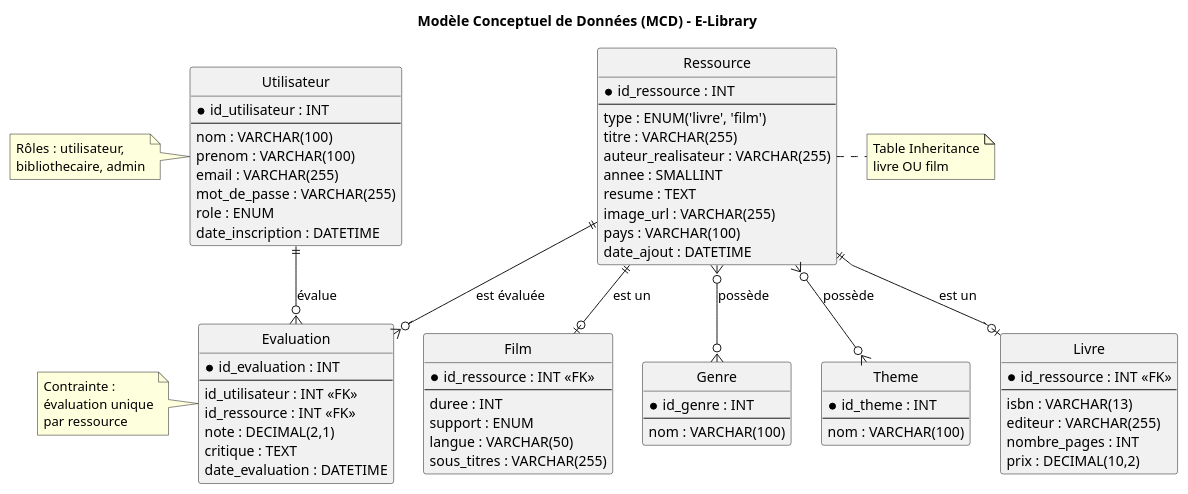
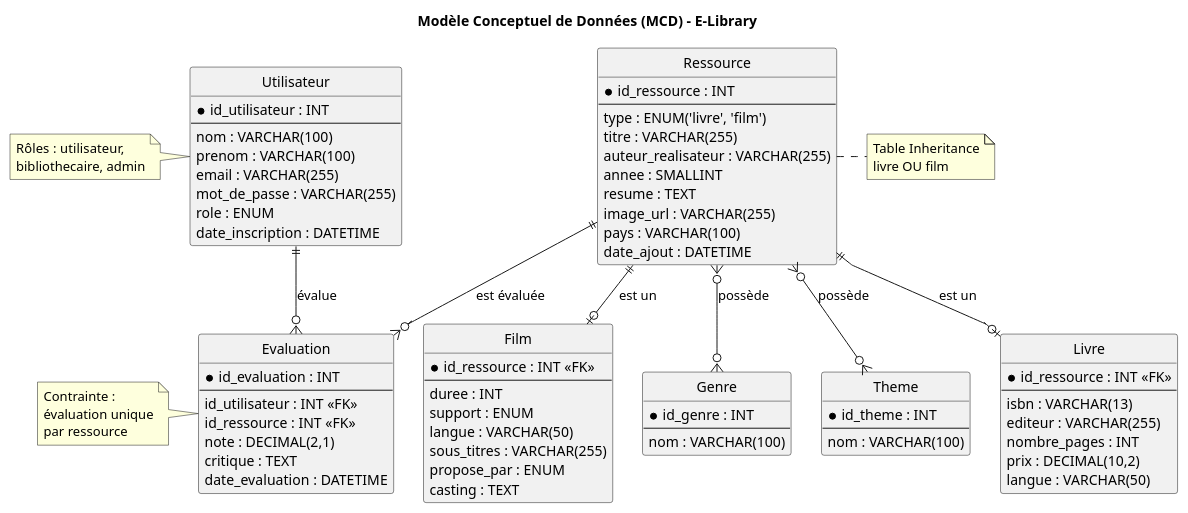
The diagram in documentation/diagrammes/08-mcd.puml (MGio12/mediatheque), drawn with PlantUML before and after one commit. The commit also changed 1 other file, not shown here.

Commit message:
Modification schéma ajout langue + propose_par + casting

```diff
--- a/documentation/diagrammes/08-mcd.puml
+++ b/documentation/diagrammes/08-mcd.puml
@@ -1,100 +1,103 @@
 @startuml Modèle Conceptuel de Données
 
 ' Style
 skinparam linetype polyline
 hide circle
 skinparam shadowing false
 skinparam nodesep 30
 skinparam ranksep 40
 
 title Modèle Conceptuel de Données (MCD) - E-Library
 
 entity "Utilisateur" as user {
   * id_utilisateur : INT
   --
   nom : VARCHAR(100)
   prenom : VARCHAR(100)
   email : VARCHAR(255)
   mot_de_passe : VARCHAR(255)
   role : ENUM
   date_inscription : DATETIME
 }
 
 entity "Ressource" as ressource {
   * id_ressource : INT
   --
   type : ENUM('livre', 'film')
   titre : VARCHAR(255)
   auteur_realisateur : VARCHAR(255)
   annee : SMALLINT
   resume : TEXT
   image_url : VARCHAR(255)
   pays : VARCHAR(100)
   date_ajout : DATETIME
 }
 
 entity "Livre" as livre {
   * id_ressource : INT <<FK>>
   --
   isbn : VARCHAR(13)
   editeur : VARCHAR(255)
   nombre_pages : INT
   prix : DECIMAL(10,2)
+  langue : VARCHAR(50)
 }
 
 entity "Film" as film {
   * id_ressource : INT <<FK>>
   --
   duree : INT
   support : ENUM
   langue : VARCHAR(50)
   sous_titres : VARCHAR(255)
+  propose_par : ENUM
+  casting : TEXT
 }
 
 entity "Genre" as genre {
   * id_genre : INT
   --
   nom : VARCHAR(100)
 }
 
 entity "Theme" as theme {
   * id_theme : INT
   --
   nom : VARCHAR(100)
 }
 
 entity "Evaluation" as eval {
   * id_evaluation : INT
   --
   id_utilisateur : INT <<FK>>
   id_ressource : INT <<FK>>
   note : DECIMAL(2,1)
   critique : TEXT
   date_evaluation : DATETIME
 }
 
 ' Relations
 user ||--o{ eval : "évalue"
 ressource ||--o{ eval : "est évaluée"
 ressource ||--o| livre : "est un"
 ressource ||--o| film : "est un"
 ressource }o--o{ genre : "possède"
 ressource }o--o{ theme : "possède"
 
 note left of user
   Rôles : utilisateur,
   bibliothecaire, admin
 end note
 
 note left of eval
   Contrainte :
   évaluation unique
   par ressource
 end note
 
 note right of ressource
   Table Inheritance
   livre OU film
 end note
 
 @enduml
```
